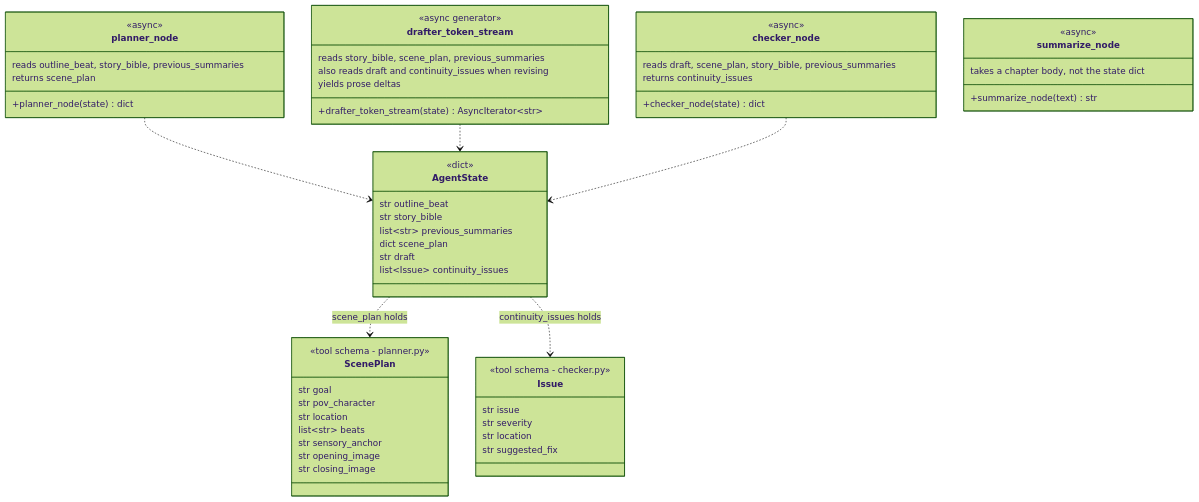
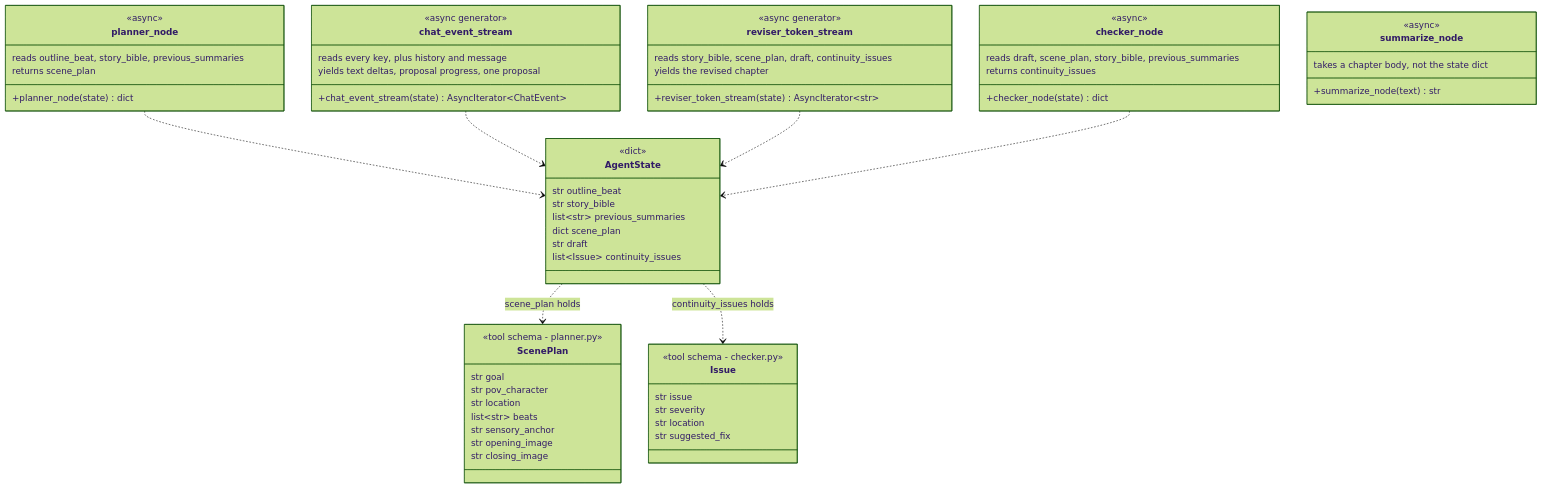
The third of 3 diagrams in docs/diagrams/02-backend-data-model.md (Akazz-L/maya), drawn with Mermaid (forest theme) before and after one commit. The commit also changed other lines of this file and 52 other files, not shown here.

First line of the commit message:
feat: optional planning with a per-chapter chat that drafts and edits (#15)

````diff
--- a/docs/diagrams/02-backend-data-model.md
+++ b/docs/diagrams/02-backend-data-model.md
@@ -115,62 +134,68 @@
 ```mermaid
 classDiagram
     class AgentState {
         <<dict>>
         str outline_beat
         str story_bible
         list~str~ previous_summaries
         dict scene_plan
         str draft
         list~Issue~ continuity_issues
     }
 
     class ScenePlan {
         <<tool schema - planner.py>>
         str goal
         str pov_character
         str location
         list~str~ beats
         str sensory_anchor
         str opening_image
         str closing_image
     }
 
     class Issue {
         <<tool schema - checker.py>>
         str issue
         str severity
         str location
         str suggested_fix
     }
 
     class planner_node {
         <<async>>
         +planner_node(state) dict
         reads outline_beat, story_bible, previous_summaries
         returns scene_plan
     }
-    class drafter_token_stream {
+    class chat_event_stream {
         <<async generator>>
-        +drafter_token_stream(state) AsyncIterator~str~
-        reads story_bible, scene_plan, previous_summaries
-        also reads draft and continuity_issues when revising
-        yields prose deltas
+        +chat_event_stream(state) AsyncIterator~ChatEvent~
+        reads every key, plus history and message
+        yields text deltas, proposal progress, one proposal
+    }
+    class reviser_token_stream {
+        <<async generator>>
+        +reviser_token_stream(state) AsyncIterator~str~
+        reads story_bible, scene_plan, draft, continuity_issues
+        yields the revised chapter
     }
     class checker_node {
         <<async>>
         +checker_node(state) dict
         reads draft, scene_plan, story_bible, previous_summaries
         returns continuity_issues
     }
     class summarize_node {
         <<async>>
         +summarize_node(text) str
         takes a chapter body, not the state dict
     }
 
     AgentState ..> ScenePlan : scene_plan holds
     AgentState ..> Issue : continuity_issues holds
     planner_node ..> AgentState
-    drafter_token_stream ..> AgentState
+    chat_event_stream ..> AgentState
+    reviser_token_stream ..> AgentState
     checker_node ..> AgentState
 ```
````
